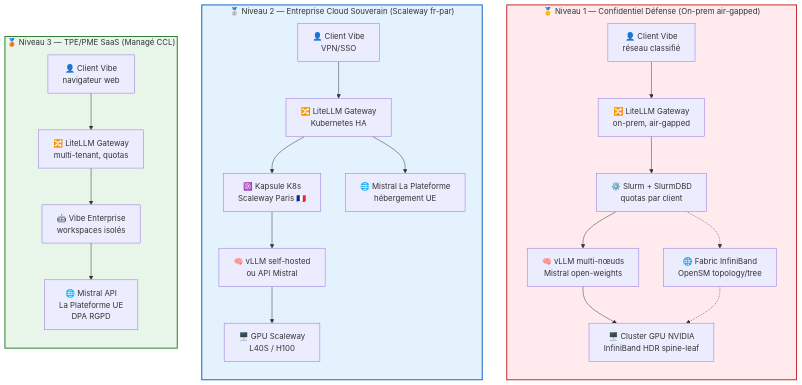
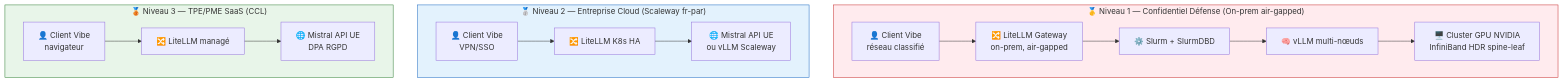
The diagram in docs/architecture/schemas/01-architecture-globale.md (4math2379/Recherches-IA-Souveraine), drawn with Mermaid before and after one commit. The commit also changed other lines of this file and 2 other files, not shown here.

Commit message:
feat: schémas .md avec SVG embarqué (rendu visuel pro) + version Mermaid éditable

````diff
--- a/docs/architecture/schemas/01-architecture-globale.md
+++ b/docs/architecture/schemas/01-architecture-globale.md
@@ -3,32 +11,20 @@
 ```mermaid
 flowchart TB
     subgraph N1["🥇 Niveau 1 — Confidentiel Défense (On-prem air-gapped)"]
-        direction TB
         C1["👤 Client Vibe<br/>réseau classifié"] --> GW1["🔀 LiteLLM Gateway<br/>on-prem, air-gapped"]
-        GW1 --> SLURM["⚙️ Slurm + SlurmDBD<br/>quotas par client"]
-        SLURM --> VLLM1["🧠 vLLM multi-nœuds<br/>Mistral open-weights"]
+        GW1 --> SLURM["⚙️ Slurm + SlurmDBD"]
+        SLURM --> VLLM1["🧠 vLLM multi-nœuds"]
         VLLM1 --> GPU1["🖥️ Cluster GPU NVIDIA<br/>InfiniBand HDR spine-leaf"]
-        SLURM -.-> IB["🌐 Fabric InfiniBand<br/>OpenSM topology/tree"]
-        IB -.-> GPU1
     end
-
-    subgraph N2["🥈 Niveau 2 — Entreprise Cloud Souverain (Scaleway fr-par)"]
-        direction TB
-        C2["👤 Client Vibe<br/>VPN/SSO"] --> GW2["🔀 LiteLLM Gateway<br/>Kubernetes HA"]
-        GW2 --> K8S["☸️ Kapsule K8s<br/>Scaleway Paris 🇫🇷"]
-        K8S --> VLLM2["🧠 vLLM self-hosted<br/>ou API Mistral"]
-        VLLM2 --> GPU2["🖥️ GPU Scaleway<br/>L40S / H100"]
-        GW2 --> API2["🌐 Mistral La Plateforme<br/>hébergement UE"]
+    subgraph N2["🥈 Niveau 2 — Entreprise Cloud (Scaleway fr-par)"]
+        C2["👤 Client Vibe<br/>VPN/SSO"] --> GW2["🔀 LiteLLM K8s HA"]
+        GW2 --> API2["🌐 Mistral API UE<br/>ou vLLM Scaleway"]
     end
-
-    subgraph N3["🥉 Niveau 3 — TPE/PME SaaS (Managé CCL)"]
-        direction TB
-        C3["👤 Client Vibe<br/>navigateur web"] --> GW3["🔀 LiteLLM Gateway<br/>multi-tenant, quotas"]
-        GW3 --> VIBE3["🤖 Vibe Enterprise<br/>workspaces isolés"]
-        VIBE3 --> API3["🌐 Mistral API<br/>La Plateforme UE<br/>DPA RGPD"]
+    subgraph N3["🥉 Niveau 3 — TPE/PME SaaS (CCL)"]
+        C3["👤 Client Vibe<br/>navigateur"] --> GW3["🔀 LiteLLM managé"]
+        GW3 --> API3["🌐 Mistral API UE<br/>DPA RGPD"]
     end
-
-    style N1 fill:#ffebee,stroke:#c62828,stroke-width:2px
-    style N2 fill:#e3f2fd,stroke:#1565c0,stroke-width:2px
-    style N3 fill:#e8f5e9,stroke:#2e7d32,stroke-width:2px
+    style N1 fill:#ffebee,stroke:#c62828
+    style N2 fill:#e3f2fd,stroke:#1565c0
+    style N3 fill:#e8f5e9,stroke:#2e7d32
 ```
````
